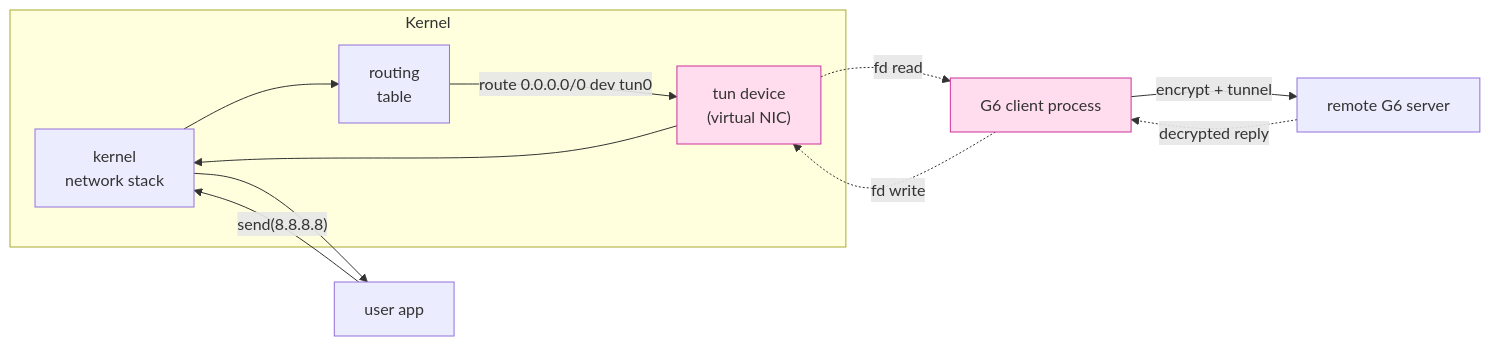
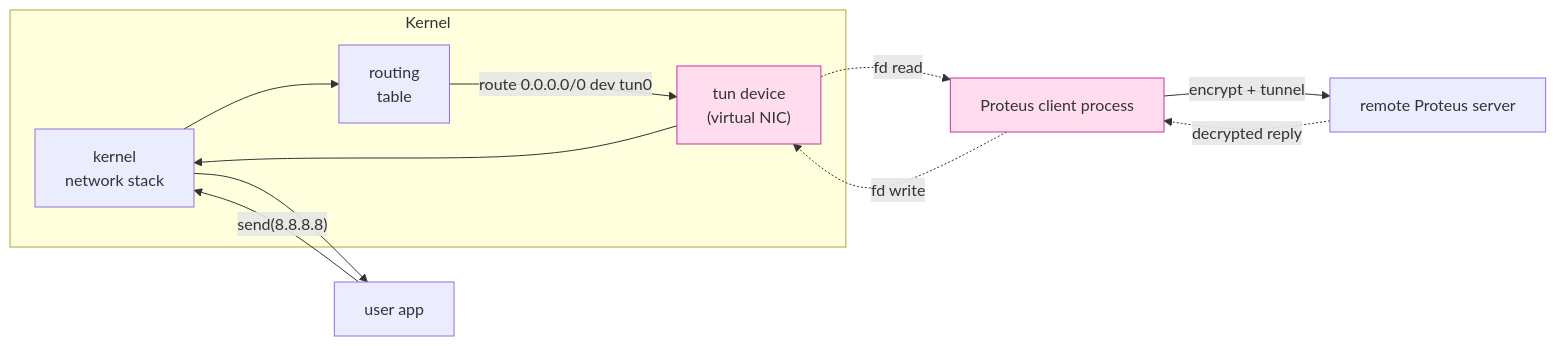
Before and after one commit to Icarus603/network-from-scratch: the first of 2 diagrams in lessons/part-2-high-perf-io/2.11-tun-tap.md, drawn with Mermaid. The commit also changed other lines of this file and 300 other files, not shown here.

````diff
--- a/lessons/part-2-high-perf-io/2.11-tun-tap.md
+++ b/lessons/part-2-high-perf-io/2.11-tun-tap.md
@@ -67,23 +67,23 @@
 ```mermaid
 flowchart LR
     subgraph Kernel
         STACK["kernel<br/>network stack"]
         RT["routing<br/>table"]
         TUN["tun device<br/>(virtual NIC)"]
     end
     APP["user app"]
-    PROC["G6 client process"]
+    PROC["Proteus client process"]
 
     APP -- "send(8.8.8.8)" --> STACK
     STACK --> RT
     RT -- "route 0.0.0.0/0 dev tun0" --> TUN
     TUN -. "fd read" .-> PROC
-    PROC -- "encrypt + tunnel" --> REMOTE["remote G6 server"]
+    PROC -- "encrypt + tunnel" --> REMOTE["remote Proteus server"]
     REMOTE -. "decrypted reply" .-> PROC
     PROC -. "fd write" .-> TUN
     TUN --> STACK
     STACK --> APP
 
     classDef ours fill:#fde,stroke:#c39
     class TUN,PROC ours
 ```
````
